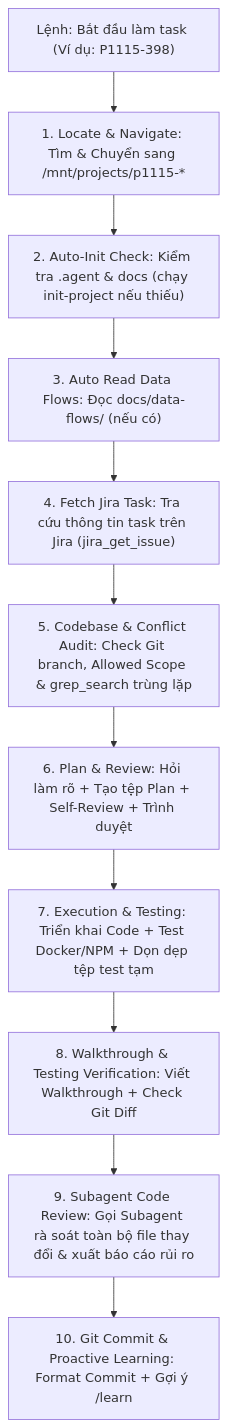
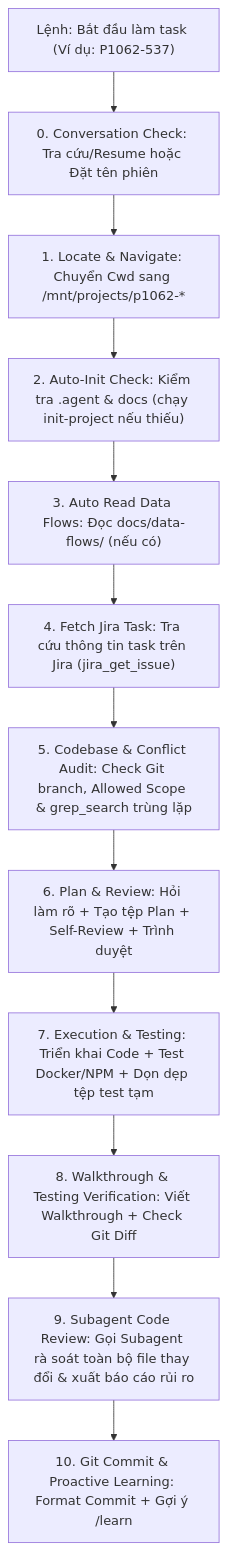
One commit to adamphh/study-ai-antigravity-skills changed the diagram in rules/user-workflow-and-goals.md. Above: the diagram before and after it, drawn with Mermaid. The commit also changed other lines of this file and 3 other files, not shown here.

````diff
--- a/rules/user-workflow-and-goals.md
+++ b/rules/user-workflow-and-goals.md
@@ -11,13 +16,14 @@
 ```mermaid
 flowchart TD
-    A["Lệnh: Bắt đầu làm task (Ví dụ: P1115-398)"] --> B["1. Locate & Navigate: Tìm & Chuyển sang /mnt/projects/p1115-*"]
-    B --> C["2. Auto-Init Check: Kiểm tra .agent & docs (chạy init-project nếu thiếu)"]
-    C --> D["3. Auto Read Data Flows: Đọc docs/data-flows/ (nếu có)"]
-    D --> E["4. Fetch Jira Task: Tra cứu thông tin task trên Jira (jira_get_issue)"]
-    E --> F["5. Codebase & Conflict Audit: Check Git branch, Allowed Scope & grep_search trùng lặp"]
-    F --> G["6. Plan & Review: Hỏi làm rõ + Tạo tệp Plan + Self-Review + Trình duyệt"]
-    G --> H["7. Execution & Testing: Triển khai Code + Test Docker/NPM + Dọn dẹp tệp test tạm"]
-    H --> I["8. Walkthrough & Testing Verification: Viết Walkthrough + Check Git Diff"]
-    I --> J["9. Subagent Code Review: Gọi Subagent rà soát toàn bộ file thay đổi & xuất báo cáo rủi ro"]
-    J --> K["10. Git Commit & Proactive Learning: Format Commit + Gợi ý /learn"]
+    A["Lệnh: Bắt đầu làm task (Ví dụ: P1062-537)"] --> B["0. Conversation Check: Tra cứu/Resume hoặc Đặt tên phiên"]
+    B --> C["1. Locate & Navigate: Chuyển Cwd sang /mnt/projects/p1062-*"]
+    C --> D["2. Auto-Init Check: Kiểm tra .agent & docs (chạy init-project nếu thiếu)"]
+    D --> E["3. Auto Read Data Flows: Đọc docs/data-flows/ (nếu có)"]
+    E --> F["4. Fetch Jira Task: Tra cứu thông tin task trên Jira (jira_get_issue)"]
+    F --> G["5. Codebase & Conflict Audit: Check Git branch, Allowed Scope & grep_search trùng lặp"]
+    G --> H["6. Plan & Review: Hỏi làm rõ + Tạo tệp Plan + Self-Review + Trình duyệt"]
+    H --> I["7. Execution & Testing: Triển khai Code + Test Docker/NPM + Dọn dẹp tệp test tạm"]
+    I --> J["8. Walkthrough & Testing Verification: Viết Walkthrough + Check Git Diff"]
+    J --> K["9. Subagent Code Review: Gọi Subagent rà soát toàn bộ file thay đổi & xuất báo cáo rủi ro"]
+    K --> L["10. Git Commit & Proactive Learning: Format Commit + Gợi ý /learn"]
 ```
````
